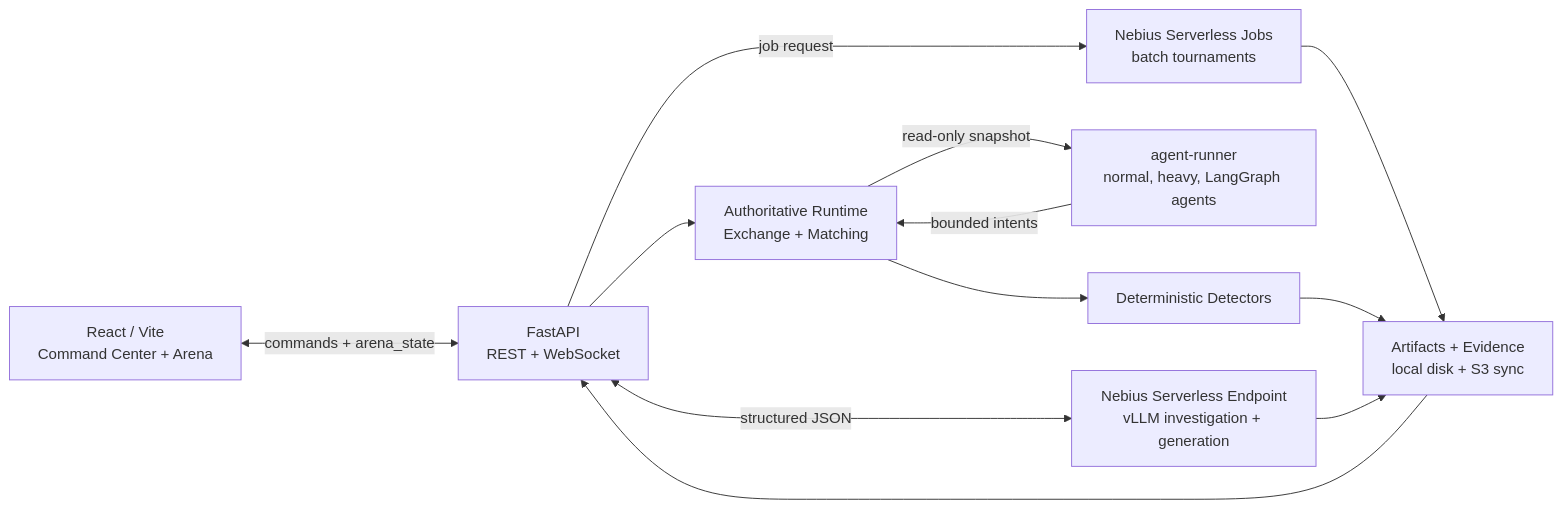
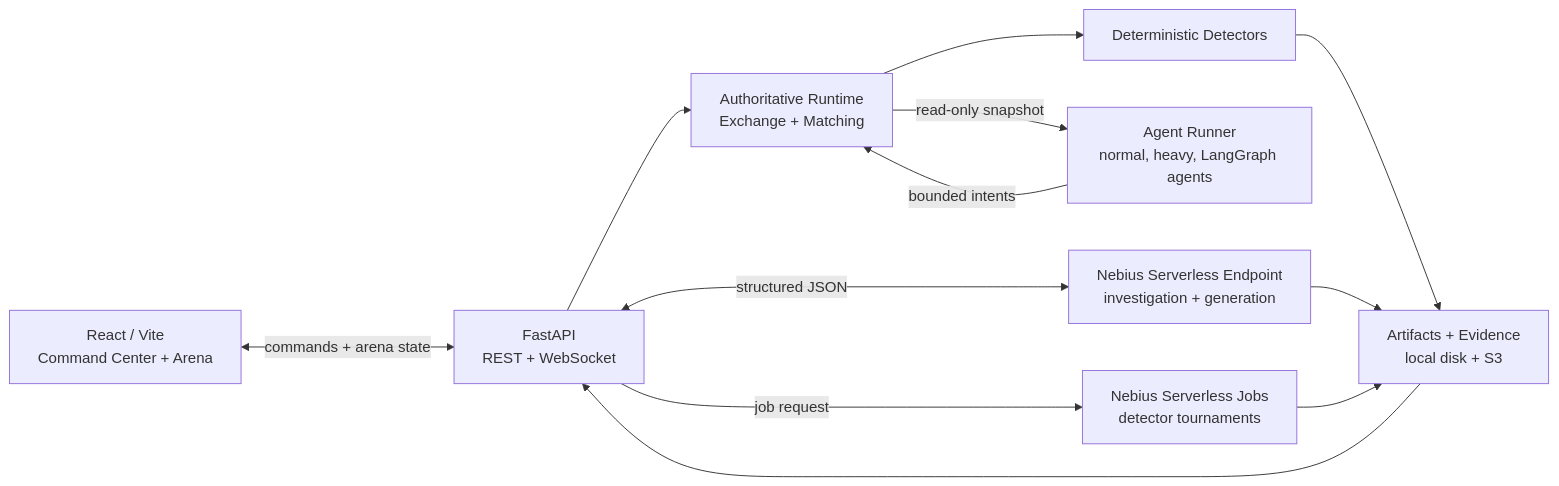
Before and after one commit to khab40/aimada: the diagram in README.md, drawn with Mermaid. The commit also changed other lines of this file and 1 other file, not shown here.

````diff
--- a/README.md
+++ b/README.md
@@ -84,23 +51,23 @@
 ```mermaid
 flowchart LR
     UI["React / Vite<br/>Command Center + Arena"]
     API["FastAPI<br/>REST + WebSocket"]
     Runtime["Authoritative Runtime<br/>Exchange + Matching"]
     Detectors["Deterministic Detectors"]
-    Runner["agent-runner<br/>normal, heavy, LangGraph agents"]
-    Endpoint["Nebius Serverless Endpoint<br/>vLLM investigation + generation"]
-    Jobs["Nebius Serverless Jobs<br/>batch tournaments"]
-    Store["Artifacts + Evidence<br/>local disk + S3 sync"]
+    Runner["Agent Runner<br/>normal, heavy, LangGraph agents"]
+    Endpoint["Nebius Serverless Endpoint<br/>investigation + generation"]
+    Jobs["Nebius Serverless Jobs<br/>detector tournaments"]
+    Store["Artifacts + Evidence<br/>local disk + S3"]
 
-    UI <-->|commands + arena_state| API
+    UI <-->|commands + arena state| API
     API --> Runtime
     Runtime --> Detectors
     Runtime -->|read-only snapshot| Runner
     Runner -->|bounded intents| Runtime
     API <-->|structured JSON| Endpoint
     API -->|job request| Jobs
-    Jobs --> Store
     Detectors --> Store
     Endpoint --> Store
+    Jobs --> Store
     Store --> API
 ```
````
